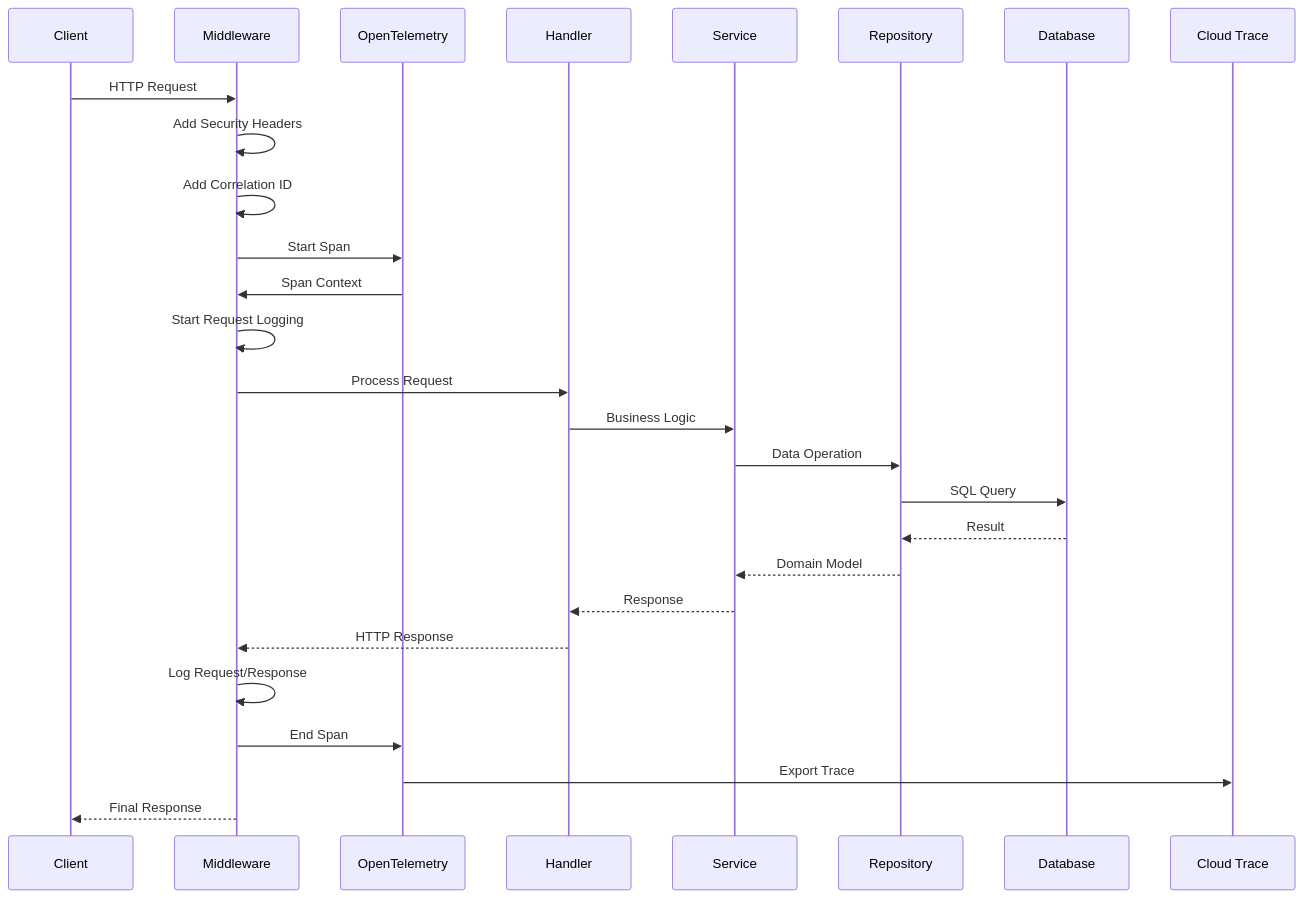
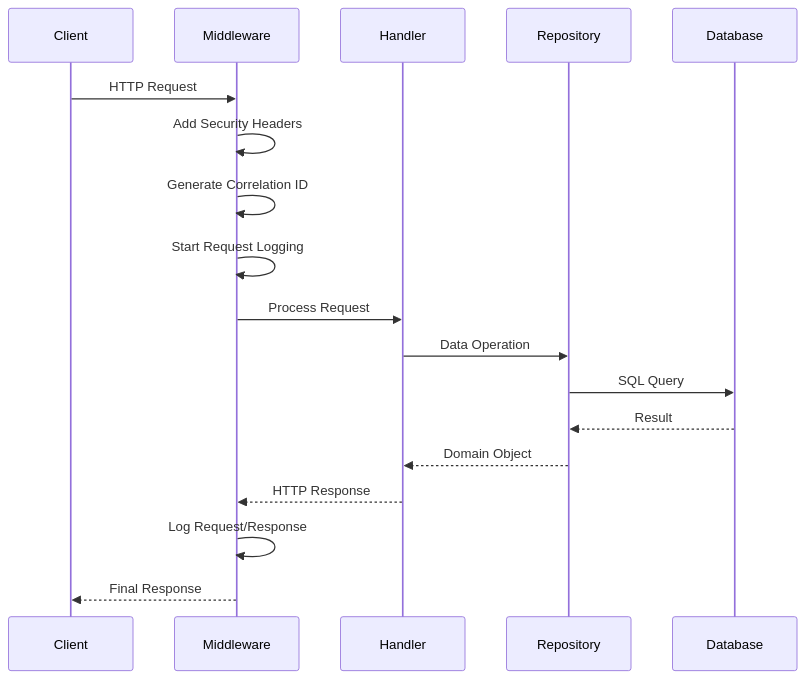
The second of 3 diagrams in README.md (STICORP/tributum-back), drawn with Mermaid before and after one commit. The commit also changed other lines of this file, not shown here.

````diff
--- a/README.md
+++ b/README.md
@@ -265,30 +80,21 @@
 ```mermaid
 sequenceDiagram
     participant C as Client
     participant M as Middleware
-    participant T as OpenTelemetry
     participant H as Handler
-    participant S as Service
     participant R as Repository
     participant D as Database
-    participant CT as Cloud Trace
 
     C->>M: HTTP Request
     M->>M: Add Security Headers
-    M->>M: Add Correlation ID
-    M->>T: Start Span
-    T->>M: Span Context
+    M->>M: Generate Correlation ID
     M->>M: Start Request Logging
     M->>H: Process Request
-    H->>S: Business Logic
-    S->>R: Data Operation
+    H->>R: Data Operation
     R->>D: SQL Query
     D-->>R: Result
-    R-->>S: Domain Model
-    S-->>H: Response
+    R-->>H: Domain Object
     H-->>M: HTTP Response
     M->>M: Log Request/Response
-    M->>T: End Span
-    T->>CT: Export Trace
     M-->>C: Final Response
 ```
````
